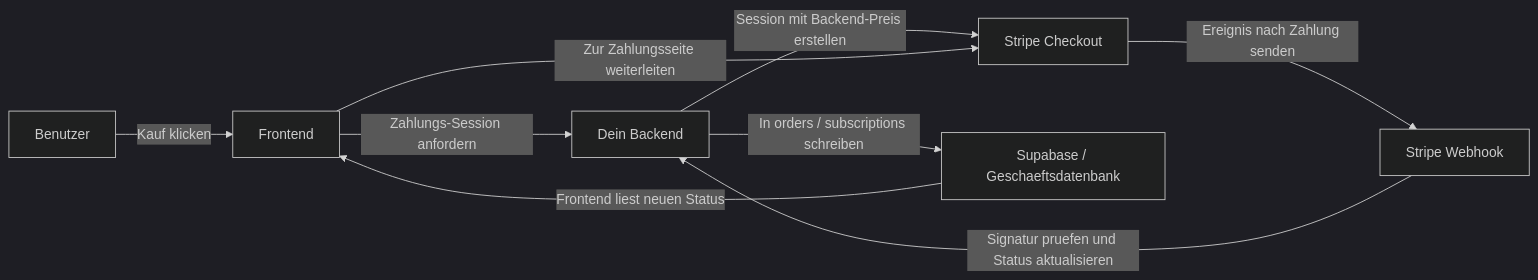
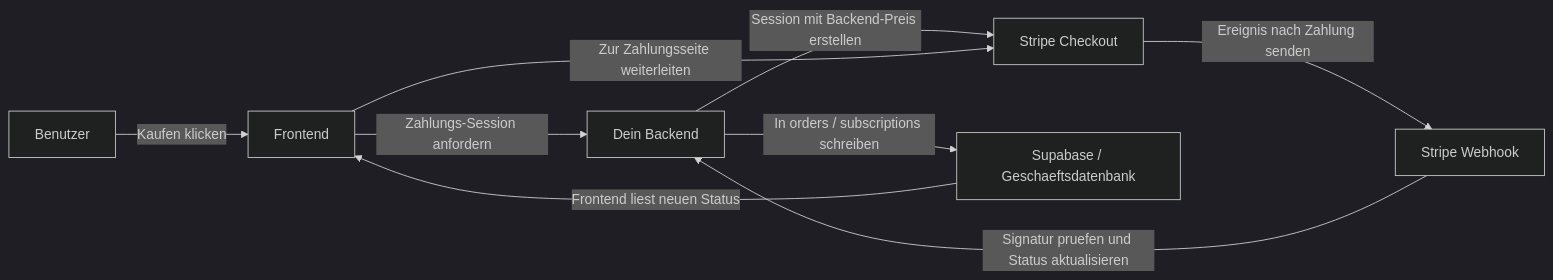
One commit to sketchymonk/easy-vibe changed the first of 6 diagrams in docs/de-de/stage-2/backend/stripe-payment/index.md. Above: the diagram before and after it, drawn with Mermaid (dark theme). The commit also changed other lines of this file and 23 other files, not shown here.

````diff
--- a/docs/de-de/stage-2/backend/stripe-payment/index.md
+++ b/docs/de-de/stage-2/backend/stripe-payment/index.md
@@ -56,18 +87,18 @@
 ```mermaid
 flowchart LR
   user["Benutzer"]
   frontend["Frontend"]
   backend["Dein Backend"]
   checkout["Stripe Checkout"]
   webhook["Stripe Webhook"]
   db["Supabase / Geschaeftsdatenbank"]
 
-  user -->|"Kauf klicken"| frontend
+  user -->|"Kaufen klicken"| frontend
   frontend -->|"Zahlungs-Session anfordern"| backend
   backend -->|"Session mit Backend-Preis erstellen"| checkout
   frontend -->|"Zur Zahlungsseite weiterleiten"| checkout
   checkout -->|"Ereignis nach Zahlung senden"| webhook
   webhook -->|"Signatur pruefen und Status aktualisieren"| backend
   backend -->|"In orders / subscriptions schreiben"| db
   db -->|"Frontend liest neuen Status"| frontend
 ```
````
